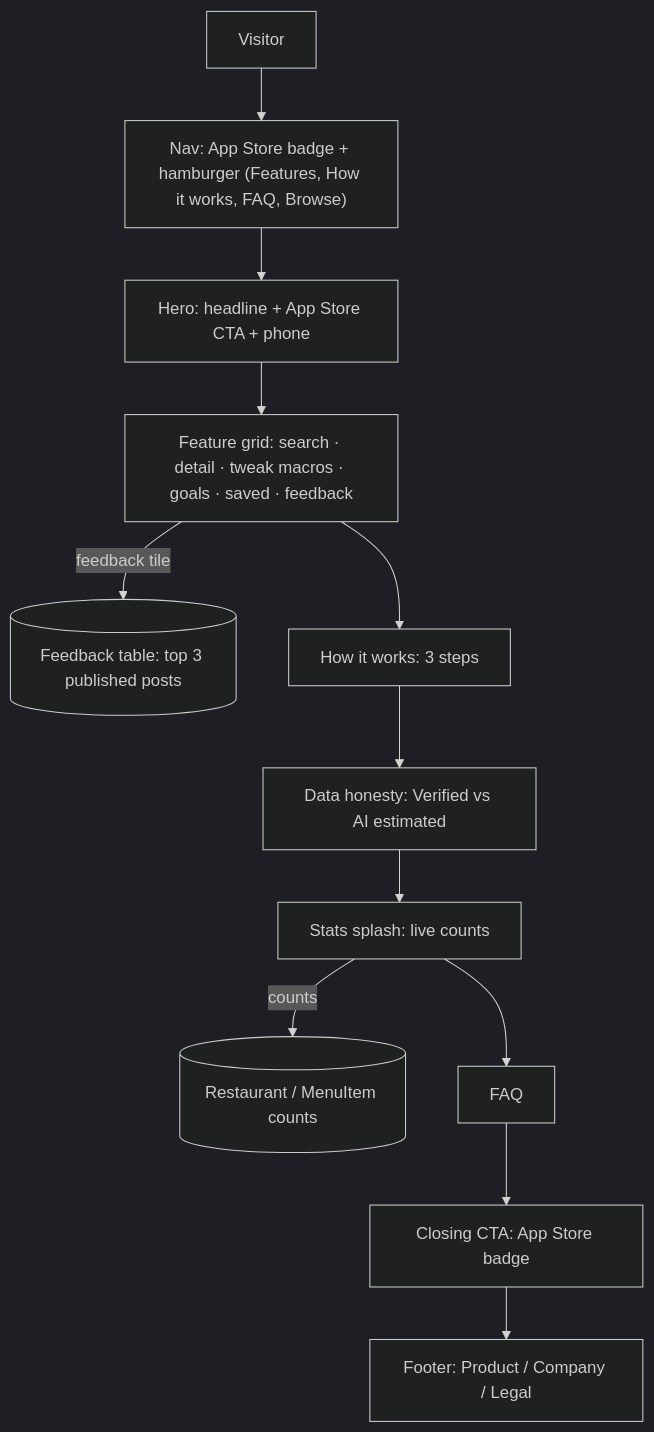
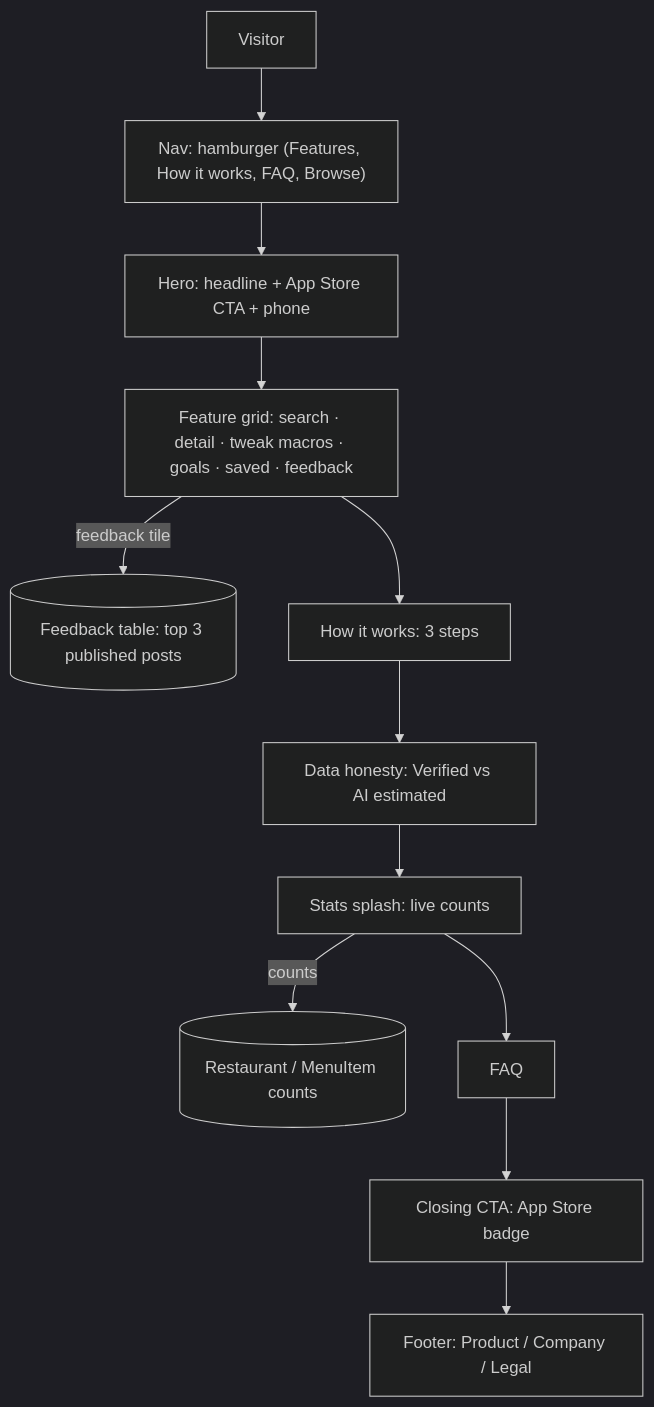
Before and after one commit to dgmolla/fitsy: the diagram in docs/product/specs/landing-page.md, drawn with Mermaid (dark theme). The commit also changed other lines of this file and 3 other files, not shown here.

First line of the commit message:
chore(nav): drop the App Store badge from the header for now

````diff
--- a/docs/product/specs/landing-page.md
+++ b/docs/product/specs/landing-page.md
@@ -43,14 +43,14 @@
 ```mermaid
 flowchart TD
-    V[Visitor] --> Nav["Nav: App Store badge + hamburger (Features, How it works, FAQ, Browse)"]
+    V[Visitor] --> Nav["Nav: hamburger (Features, How it works, FAQ, Browse)"]
     Nav --> Hero["Hero: headline + App Store CTA + phone"]
     Hero --> Grid["Feature grid: search · detail · tweak macros · goals · saved · feedback"]
     Grid -->|"feedback tile"| DB[("Feedback table: top 3 published posts")]
     Grid --> How["How it works: 3 steps"]
     How --> Trust["Data honesty: Verified vs AI estimated"]
     Trust --> Stats["Stats splash: live counts"]
     Stats -->|"counts"| DB2[("Restaurant / MenuItem counts")]
     Stats --> FAQ["FAQ"]
     FAQ --> Closing["Closing CTA: App Store badge"]
     Closing --> Footer["Footer: Product / Company / Legal"]
 ```
````
